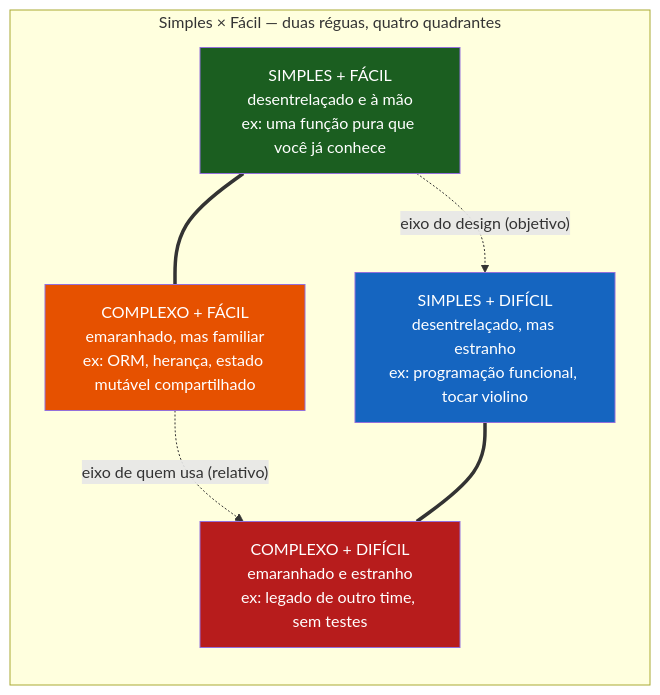
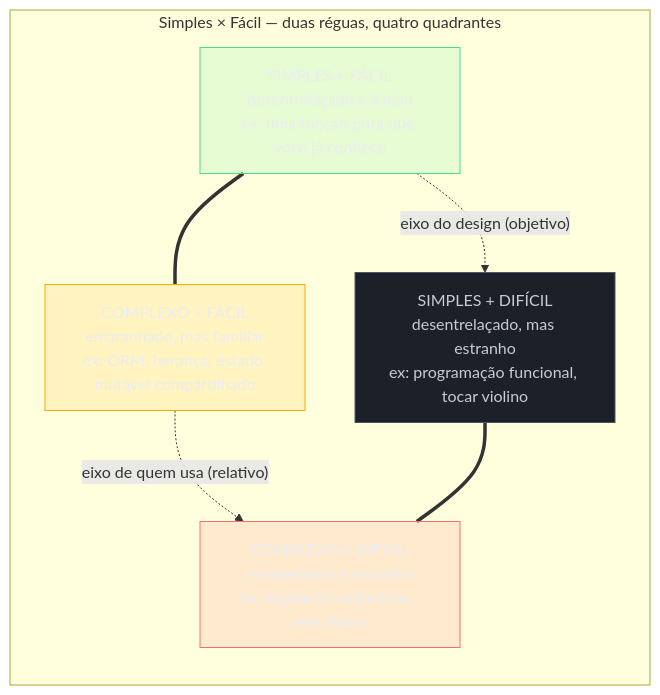
Before and after one commit to josenaldo/codex-technomanticus: the first of 4 diagrams in 03-Dominios/Engenharia/Complexidade de Software/03 - Simplicidade não é facilidade.md, drawn with Mermaid. The commit also changed other lines of this file and 1181 other files, not shown here.

First line of the commit message:
fix(diagramas): paleta do sistema no lugar de cor cravada no markdown

````diff
--- a/03-Dominios/Engenharia/Complexidade de Software/03 - Simplicidade não é facilidade.md
+++ b/03-Dominios/Engenharia/Complexidade de Software/03 - Simplicidade não é facilidade.md
@@ -62,18 +62,22 @@
 ```mermaid
 flowchart TD
+    classDef ok fill:#4ADE8021,stroke:#4ADE80,color:#E9ECF2
+    classDef neutro fill:#1B2029,stroke:#4E5666,color:#C6CCD8
+    classDef destaque fill:#FFAA0024,stroke:#FFAA00,color:#E9ECF2
+    classDef falha fill:#FF6B6B24,stroke:#FF6B6B,color:#E9ECF2
     subgraph M["Simples × Fácil — duas réguas, quatro quadrantes"]
         direction TB
         A["SIMPLES + FÁCIL<br/>desentrelaçado e à mão<br/>ex: uma função pura que você já conhece"]
         B["SIMPLES + DIFÍCIL<br/>desentrelaçado, mas estranho<br/>ex: programação funcional, tocar violino"]
         C["COMPLEXO + FÁCIL<br/>emaranhado, mas familiar<br/>ex: ORM, herança, estado mutável compartilhado"]
         D["COMPLEXO + DIFÍCIL<br/>emaranhado e estranho<br/>ex: legado de outro time, sem testes"]
     end
     A -.->|"eixo do design (objetivo)"| B
     C -.->|"eixo de quem usa (relativo)"| D
     A === C
     B === D
-    style A fill:#1b5e20,color:#fff
-    style B fill:#1565c0,color:#fff
-    style C fill:#e65100,color:#fff
-    style D fill:#b71c1c,color:#fff
+    class A ok
+    class B neutro
+    class C destaque
+    class D falha
 ```
````
